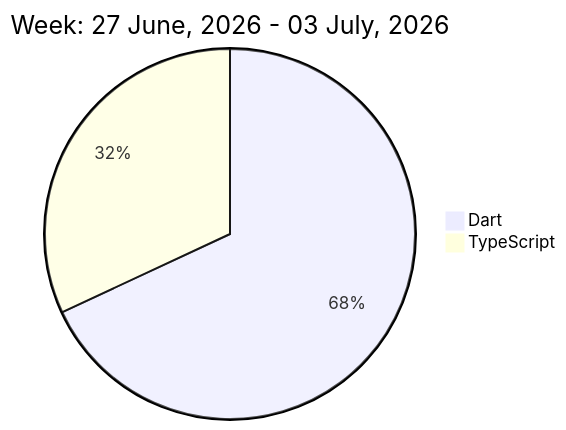
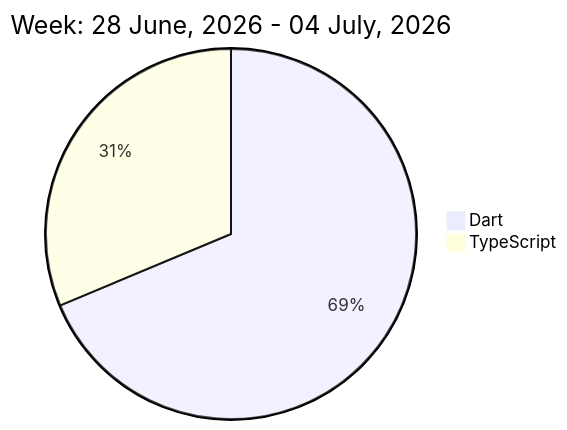
One commit to liubin95/liubin95 changed the diagram in README.md. Above: the diagram before and after it, drawn with Mermaid.

Commit message:
Updated the Graph with new Metrics

````diff
--- a/README.md
+++ b/README.md
@@ -32,6 +32,6 @@
 ```mermaid
  pie
-title Week: 27 June, 2026 - 03 July, 2026
- "Dart" : 6.67
+title Week: 28 June, 2026 - 04 July, 2026
+ "Dart" : 6.87
  "TypeScript" : 3.13
 ```
````
